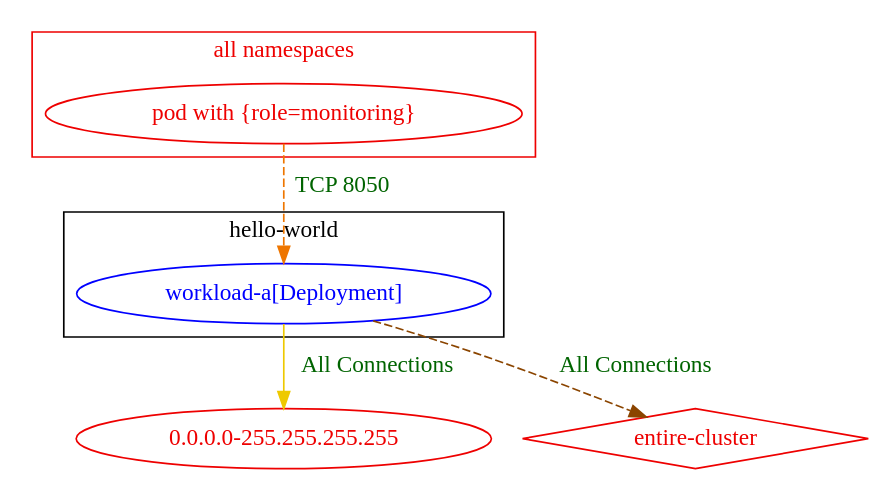
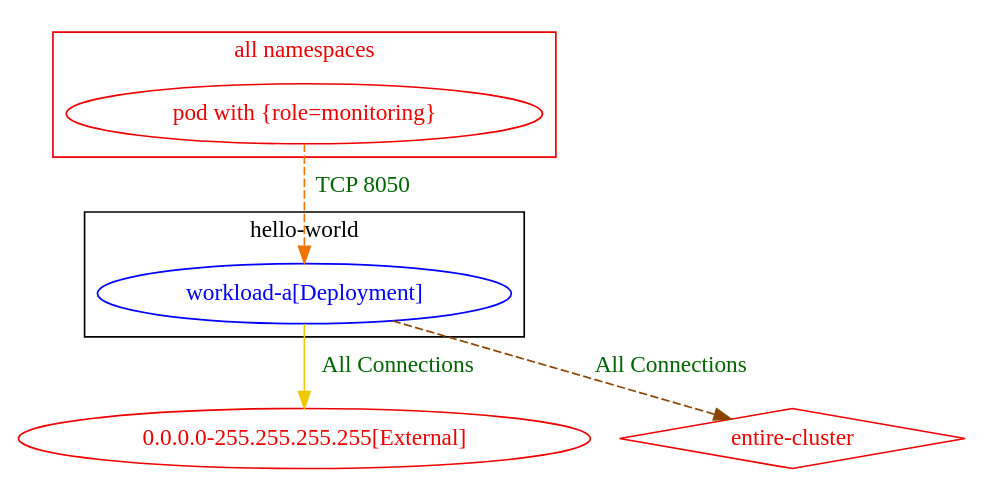
One commit to np-guard/netpol-analyzer changed the diagram in test_outputs/connlist/exposure_test_conn_with_pod_selector_in_any_ns_exposure_output.dot. Above: the diagram before and after it, drawn with Graphviz. The commit also changed 1013 other files, not shown here.

Commit message:
add label [External] to IPBlock string representation

```diff
--- a/test_outputs/connlist/exposure_test_conn_with_pod_selector_in_any_ns_exposure_output.dot
+++ b/test_outputs/connlist/exposure_test_conn_with_pod_selector_in_any_ns_exposure_output.dot
@@ -1,19 +1,19 @@
 digraph {
 	subgraph "cluster_hello_world" {
 		color="black"
 		fontcolor="black"
 		"hello-world/workload-a[Deployment]" [label="workload-a[Deployment]" color="blue" fontcolor="blue"]
 		label="hello-world"
 	}
 	subgraph "cluster_all namespaces" {
 		color="red2"
 		fontcolor="red2"
 		"pod with {role=monitoring}_in_all namespaces" [label="pod with {role=monitoring}" color="red2" fontcolor="red2"]
 		label="all namespaces"
 	}
-	"0.0.0.0-255.255.255.255" [label="0.0.0.0-255.255.255.255" color="red2" fontcolor="red2"]
+	"0.0.0.0-255.255.255.255[External]" [label="0.0.0.0-255.255.255.255[External]" color="red2" fontcolor="red2"]
 	"entire-cluster" [label="entire-cluster" color="red2" fontcolor="red2" shape=diamond]
-	"hello-world/workload-a[Deployment]" -> "0.0.0.0-255.255.255.255" [label="All Connections" color="gold2" fontcolor="darkgreen" weight=1]
+	"hello-world/workload-a[Deployment]" -> "0.0.0.0-255.255.255.255[External]" [label="All Connections" color="gold2" fontcolor="darkgreen" weight=1]
 	"hello-world/workload-a[Deployment]" -> "entire-cluster" [label="All Connections" color="darkorange4" fontcolor="darkgreen" weight=0.5 style=dashed]
 	"pod with {role=monitoring}_in_all namespaces" -> "hello-world/workload-a[Deployment]" [label="TCP 8050" color="darkorange2" fontcolor="darkgreen" weight=1 style=dashed]
 }
```
